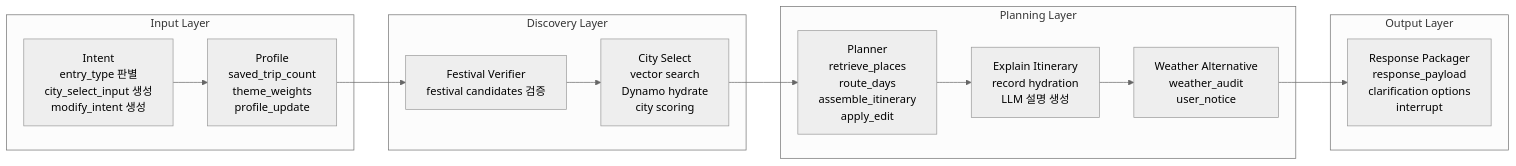
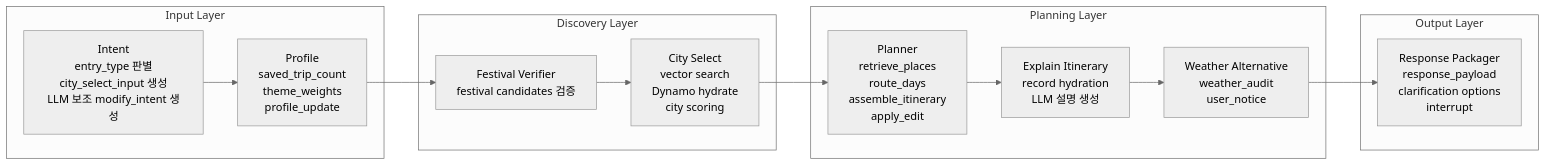
One commit to Joraemon-s-Secret-Gadgets/Lovv-agent changed the third of 5 diagrams in docs/reports/v2/V2_AGENT_READABLE_ARCHITECTURE_MERMAID_20260708.md. Above: the diagram before and after it, drawn with Mermaid (neutral theme). The commit also changed 6 other files, not shown here.

First line of the commit message:
docs(v2-architecture): show modify intent LLM assist

````diff
--- a/docs/reports/v2/V2_AGENT_READABLE_ARCHITECTURE_MERMAID_20260708.md
+++ b/docs/reports/v2/V2_AGENT_READABLE_ARCHITECTURE_MERMAID_20260708.md
@@ -85,24 +85,24 @@
 ```mermaid
 flowchart LR
   subgraph Input["Input Layer"]
-    Intent["Intent\nentry_type 판별\ncity_select_input 생성\nmodify_intent 생성"]
+    Intent["Intent\nentry_type 판별\ncity_select_input 생성\nLLM 보조 modify_intent 생성"]
     Profile["Profile\nsaved_trip_count\ntheme_weights\nprofile_update"]
   end
 
   subgraph Discovery["Discovery Layer"]
     Festival["Festival Verifier\nfestival candidates 검증"]
     City["City Select\nvector search\nDynamo hydrate\ncity scoring"]
   end
 
   subgraph Planning["Planning Layer"]
     Planner["Planner\nretrieve_places\nroute_days\nassemble_itinerary\napply_edit"]
     Explain["Explain Itinerary\nrecord hydration\nLLM 설명 생성"]
     Weather["Weather Alternative\nweather_audit\nuser_notice"]
   end
 
   subgraph Output["Output Layer"]
     Response["Response Packager\nresponse_payload\nclarification options\ninterrupt"]
   end
 
   Intent --> Profile --> Festival --> City --> Planner --> Explain --> Weather --> Response
 ```
````
